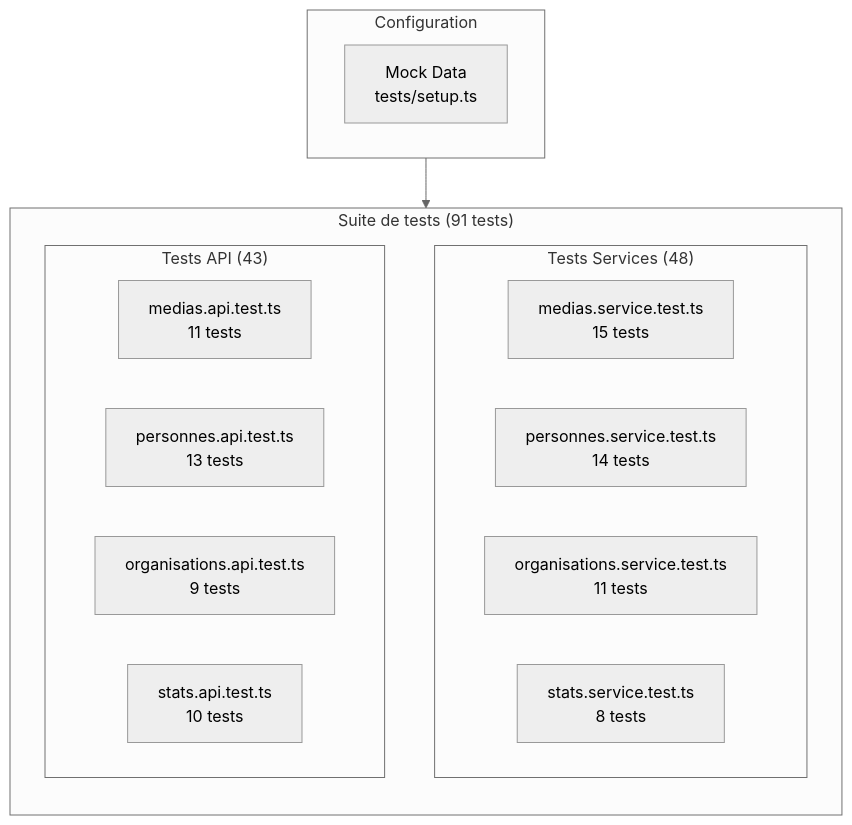
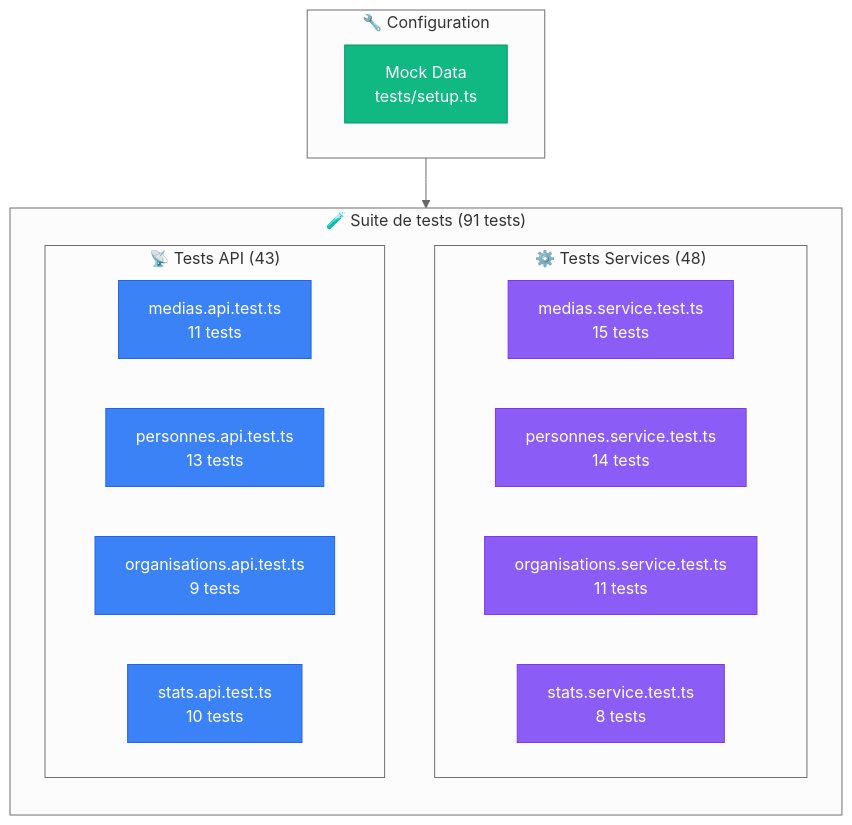
Diagram 14 of 14 in docs/diagrams.md (cedric-famibelle-pronzola/medias-francais-api), drawn with Mermaid (neutral theme) before and after one commit. The commit also changed other lines of this file, not shown here.

Commit message:
docs: improve mermaid styles

````diff
--- a/docs/diagrams.md
+++ b/docs/diagrams.md
@@ -493,26 +592,36 @@
 ```mermaid
 flowchart TB
-    subgraph Tests["Suite de tests (91 tests)"]
+    subgraph Tests["🧪 Suite de tests (91 tests)"]
         direction TB
 
-        subgraph Services["Tests Services (48)"]
+        subgraph Services["⚙️ Tests Services (48)"]
             TS1[medias.service.test.ts<br/>15 tests]
             TS2[personnes.service.test.ts<br/>14 tests]
             TS3[organisations.service.test.ts<br/>11 tests]
             TS4[stats.service.test.ts<br/>8 tests]
         end
 
-        subgraph API["Tests API (43)"]
+        subgraph API["📡 Tests API (43)"]
             TA1[medias.api.test.ts<br/>11 tests]
             TA2[personnes.api.test.ts<br/>13 tests]
             TA3[organisations.api.test.ts<br/>9 tests]
             TA4[stats.api.test.ts<br/>10 tests]
         end
     end
 
-    subgraph Setup["Configuration"]
+    subgraph Setup["🔧 Configuration"]
         MOCK[Mock Data<br/>tests/setup.ts]
     end
 
     Setup --> Tests
+
+    style TS1 fill:#8b5cf6,stroke:#7c3aed,color:#fff
+    style TS2 fill:#8b5cf6,stroke:#7c3aed,color:#fff
+    style TS3 fill:#8b5cf6,stroke:#7c3aed,color:#fff
+    style TS4 fill:#8b5cf6,stroke:#7c3aed,color:#fff
+    style TA1 fill:#3b82f6,stroke:#2563eb,color:#fff
+    style TA2 fill:#3b82f6,stroke:#2563eb,color:#fff
+    style TA3 fill:#3b82f6,stroke:#2563eb,color:#fff
+    style TA4 fill:#3b82f6,stroke:#2563eb,color:#fff
+    style MOCK fill:#10b981,stroke:#059669,color:#fff
 ```
````
